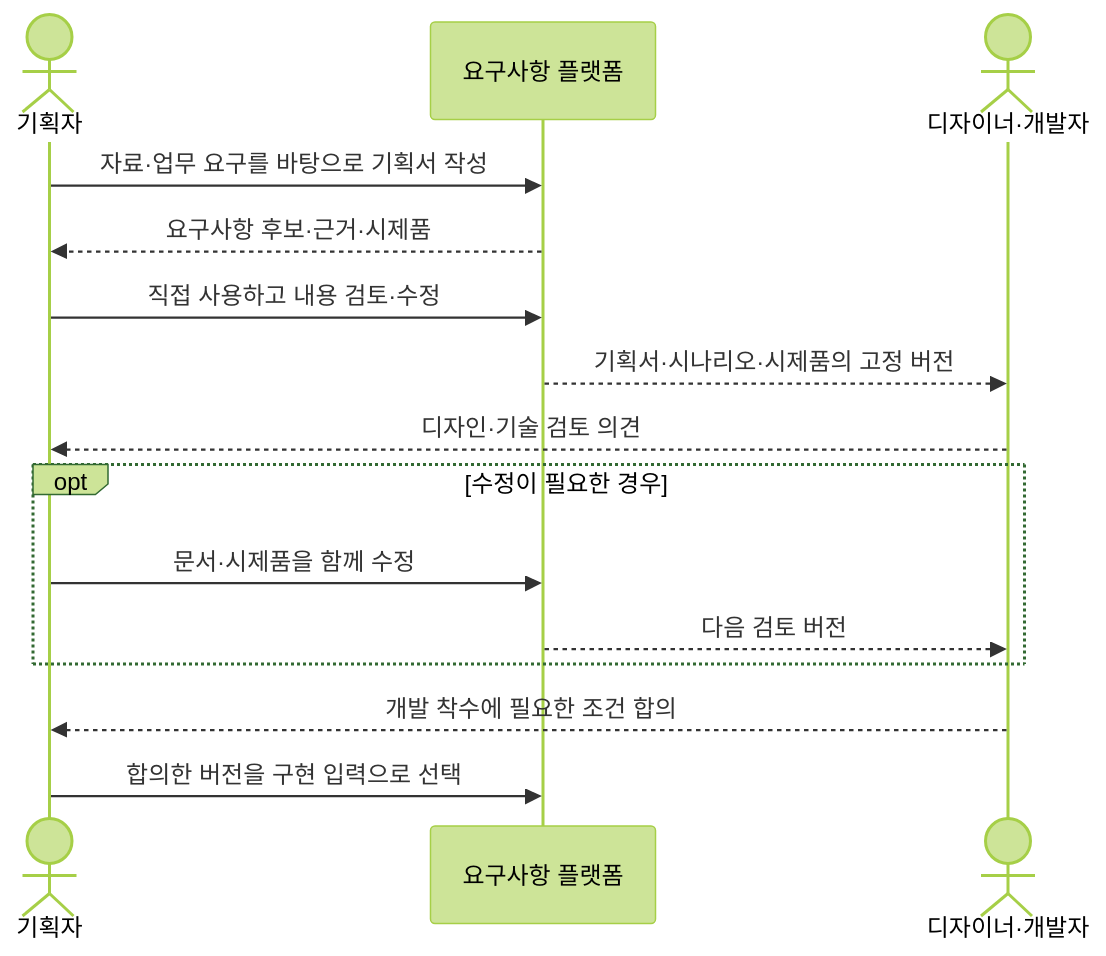
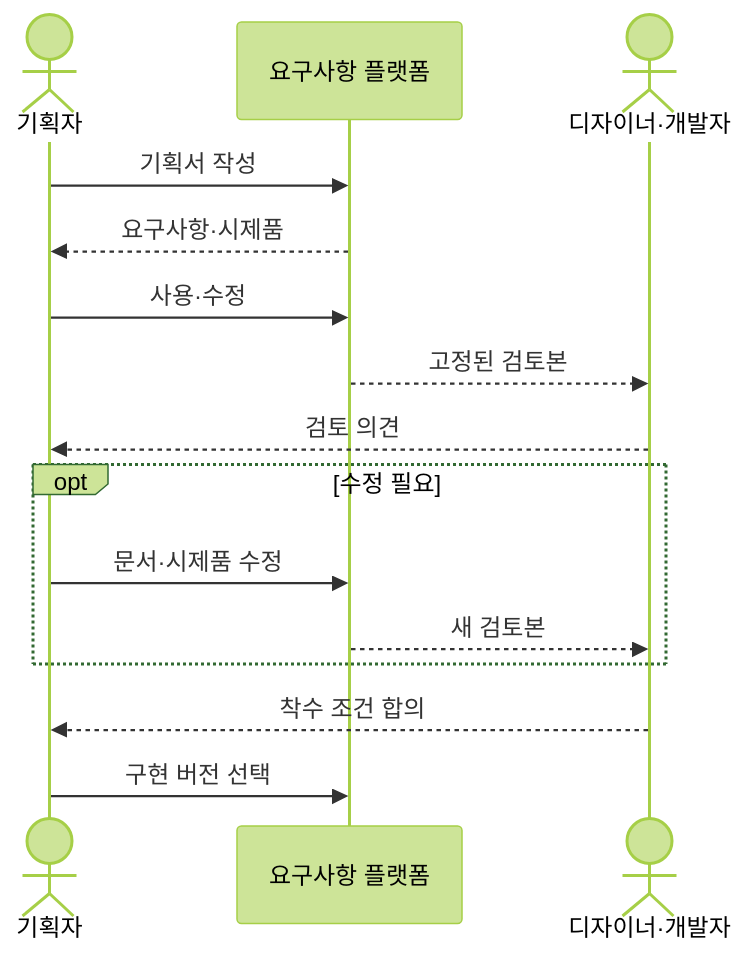
Before and after one commit to haandol/haandol.github.com: the second of 9 diagrams in _posts/2026-11-05-enterprise-wide-ax-essentials.md, drawn with Mermaid (forest theme). The commit also changed other lines of this file and 1 other file, not shown here.

````diff
--- a/_posts/2026-11-05-enterprise-wide-ax-essentials.md
+++ b/_posts/2026-11-05-enterprise-wide-ax-essentials.md
@@ -103,17 +103,17 @@
 ```mermaid
 sequenceDiagram
   actor P as 기획자
   participant H as 요구사항 플랫폼
   actor R as 디자이너·개발자
-  P->>H: 자료·업무 요구를 바탕으로 기획서 작성
-  H-->>P: 요구사항 후보·근거·시제품
-  P->>H: 직접 사용하고 내용 검토·수정
-  H-->>R: 기획서·시나리오·시제품의 고정 버전
-  R-->>P: 디자인·기술 검토 의견
-  opt 수정이 필요한 경우
-    P->>H: 문서·시제품을 함께 수정
-    H-->>R: 다음 검토 버전
+  P->>H: 기획서 작성
+  H-->>P: 요구사항·시제품
+  P->>H: 사용·수정
+  H-->>R: 고정된 검토본
+  R-->>P: 검토 의견
+  opt 수정 필요
+    P->>H: 문서·시제품 수정
+    H-->>R: 새 검토본
   end
-  R-->>P: 개발 착수에 필요한 조건 합의
-  P->>H: 합의한 버전을 구현 입력으로 선택
+  R-->>P: 착수 조건 합의
+  P->>H: 구현 버전 선택
 ```
````
